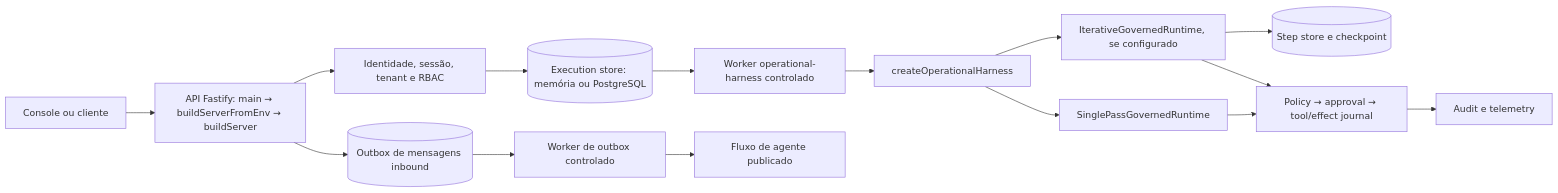
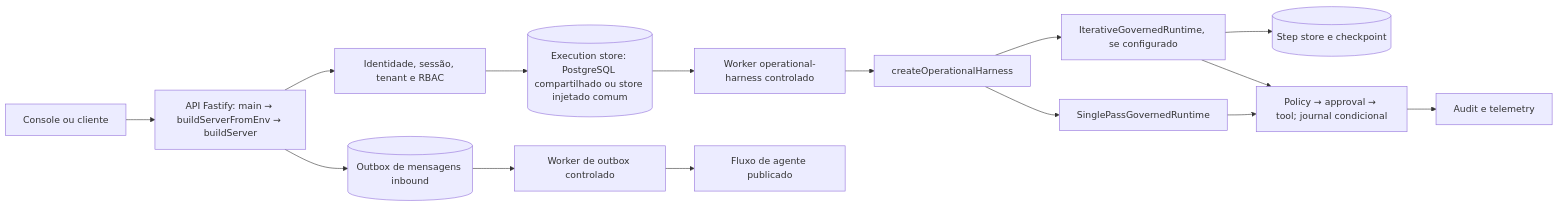
Before and after one commit to ricardoakinaga-dev/cvg-operational-harness: the diagram in docs/architecture/CURRENT_IMPLEMENTATION_2026-09-29.md, drawn with Mermaid. The commit also changed other lines of this file and 1 other file, not shown here.

Commit message:
docs(architecture): clarify current gate and route conditions

````diff
--- a/docs/architecture/CURRENT_IMPLEMENTATION_2026-09-29.md
+++ b/docs/architecture/CURRENT_IMPLEMENTATION_2026-09-29.md
@@ -7,17 +7,17 @@
 ```mermaid
 flowchart LR
   Client[Console ou cliente] --> API[API Fastify: main → buildServerFromEnv → buildServer]
   API --> Auth[Identidade, sessão, tenant e RBAC]
-  Auth --> Exec[(Execution store: memória ou PostgreSQL)]
+  Auth --> Exec[(Execution store: PostgreSQL compartilhado ou store injetado comum)]
   API --> Inbox[(Outbox de mensagens inbound)]
   Exec --> EW[Worker operational-harness controlado]
   EW --> Factory[createOperationalHarness]
   Factory --> SP[SinglePassGovernedRuntime]
   Factory --> IV[IterativeGovernedRuntime, se configurado]
   IV --> Steps[(Step store e checkpoint)]
-  SP --> Gate[Policy → approval → tool/effect journal]
+  SP --> Gate[Policy → approval → tool; journal condicional]
   IV --> Gate
   Gate --> Obs[Audit e telemetry]
   Inbox --> CW[Worker de outbox controlado]
   CW --> Product[Fluxo de agente publicado]
 ```
````
